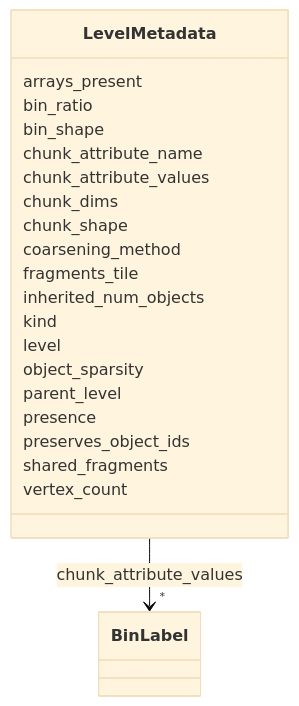
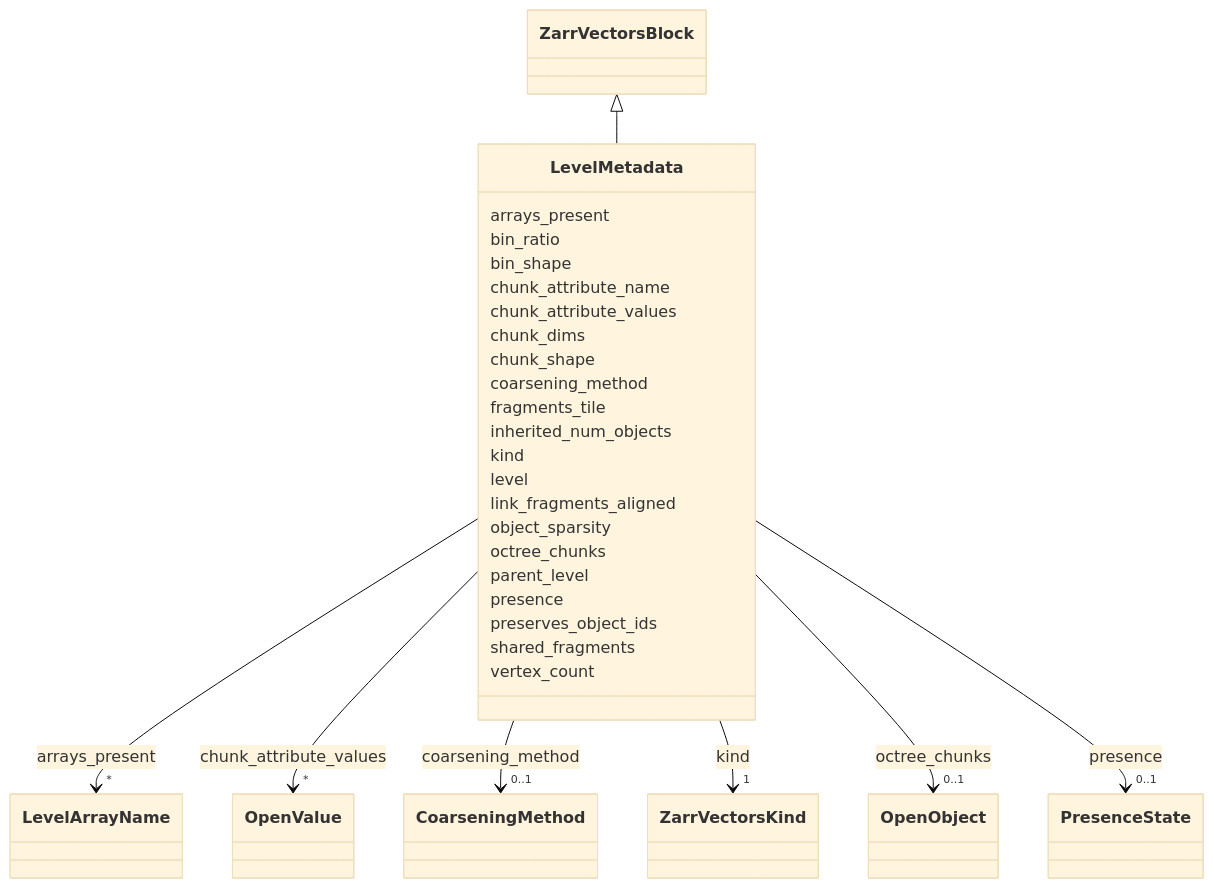
Diagram 12 of 35 in schema/reference.md (AllenInstitute/zarr-vectors-py), drawn with Mermaid (base theme) before and after one commit. The commit also changed other lines of this file and 14 other files, not shown here.

First line of the commit message:
Replace the LinkML schema with the convention's model from zarr_vectors

```diff
--- a/schema/reference.md
+++ b/schema/reference.md
@@ -3056,7 +3711,19 @@
  classDiagram
     class LevelMetadata
     click LevelMetadata href "../LevelMetadata/"
+      ZarrVectorsBlock <|-- LevelMetadata
+        click ZarrVectorsBlock href "../ZarrVectorsBlock/"
+      
       LevelMetadata : arrays_present
+        
+          
+    
+        
+        
+        LevelMetadata --> "*" LevelArrayName : arrays_present
+        click LevelArrayName href "../LevelArrayName/"
+    
+
         
       LevelMetadata : bin_ratio
         
@@ -3070,8 +3737,8 @@
     
         
         
-        LevelMetadata --> "*" BinLabel : chunk_attribute_values
-        click BinLabel href "../BinLabel/"
+        LevelMetadata --> "*" OpenValue : chunk_attribute_values
+        click OpenValue href "../OpenValue/"
     
 
         
@@ -3081,19 +3748,59 @@
         
       LevelMetadata : coarsening_method
         
+          
+    
+        
+        
+        LevelMetadata --> "0..1" CoarseningMethod : coarsening_method
+        click CoarseningMethod href "../CoarseningMethod/"
+    
+
+        
       LevelMetadata : fragments_tile
         
       LevelMetadata : inherited_num_objects
         
       LevelMetadata : kind
         
+          
+    
+        
+        
+        LevelMetadata --> "1" ZarrVectorsKind : kind
+        click ZarrVectorsKind href "../ZarrVectorsKind/"
+    
+
+        
       LevelMetadata : level
         
+      LevelMetadata : link_fragments_aligned
+        
       LevelMetadata : object_sparsity
+        
+      LevelMetadata : octree_chunks
+        
+          
+    
+        
+        
+        LevelMetadata --> "0..1" OpenObject : octree_chunks
+        click OpenObject href "../OpenObject/"
+    
+
         
       LevelMetadata : parent_level
         
       LevelMetadata : presence
+        
+          
+    
+        
+        
+        LevelMetadata --> "0..1" PresenceState : presence
+        click PresenceState href "../PresenceState/"
+    
+
         
       LevelMetadata : preserves_object_ids
         
```
